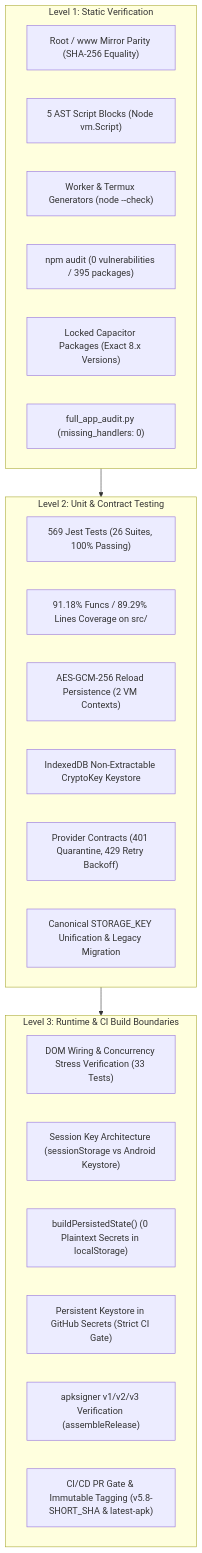
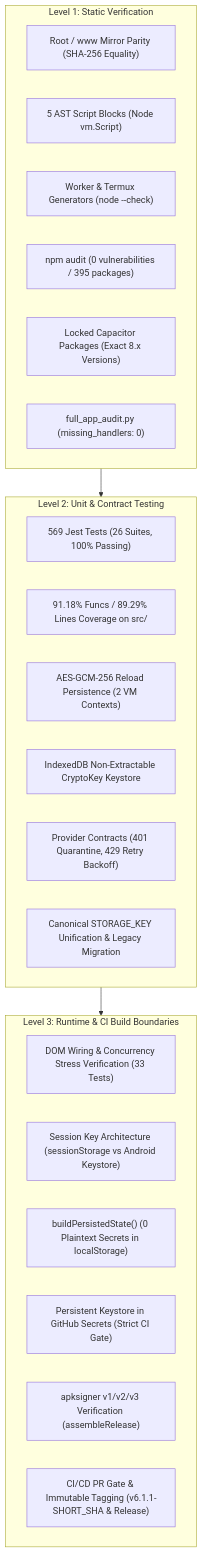
The first of 2 diagrams in AUDIT_REPORT.md (dicardotr46-max/EG-Nexus-OS), drawn with Mermaid before and after one commit. The commit also changed other lines of this file and 23 other files, not shown here.

````diff
--- a/AUDIT_REPORT.md
+++ b/AUDIT_REPORT.md
@@ -21,32 +21,32 @@
 ```mermaid
 flowchart TD
     subgraph LEVEL_1["Level 1: Static Verification"]
         PARITY["Root / www Mirror Parity (SHA-256 Equality)"]
         AST["5 AST Script Blocks (Node vm.Script)"]
         TMPL["Worker & Termux Generators (node --check)"]
         NPM["npm audit (0 vulnerabilities / 395 packages)"]
         PINS["Locked Capacitor Packages (Exact 8.x Versions)"]
         PARSER["full_app_audit.py (missing_handlers: 0)"]
     end
 
     subgraph LEVEL_2["Level 2: Unit & Contract Testing"]
         JEST["569 Jest Tests (26 Suites, 100% Passing)"]
         COV["91.18% Funcs / 89.29% Lines Coverage on src/"]
         RELOAD["AES-GCM-256 Reload Persistence (2 VM Contexts)"]
         IDB_KEY["IndexedDB Non-Extractable CryptoKey Keystore"]
         PROVIDER["Provider Contracts (401 Quarantine, 429 Retry Backoff)"]
         STORAGE_UNIF["Canonical STORAGE_KEY Unification & Legacy Migration"]
     end
 
     subgraph LEVEL_3["Level 3: Runtime & CI Build Boundaries"]
         DOM_WIRING["DOM Wiring & Concurrency Stress Verification (33 Tests)"]
         SESSION["Session Key Architecture (sessionStorage vs Android Keystore)"]
         STRIP["buildPersistedState() (0 Plaintext Secrets in localStorage)"]
         SECRETS_GATE["Persistent Keystore in GitHub Secrets (Strict CI Gate)"]
         SIGN["apksigner v1/v2/v3 Verification (assembleRelease)"]
-        GATE["CI/CD PR Gate & Immutable Tagging (v5.8-SHORT_SHA & latest-apk)"]
+        GATE["CI/CD PR Gate & Immutable Tagging (v6.1.1-SHORT_SHA & Release)"]
     end
 
     LEVEL_1 --> LEVEL_2
     LEVEL_2 --> LEVEL_3
 ```
````
